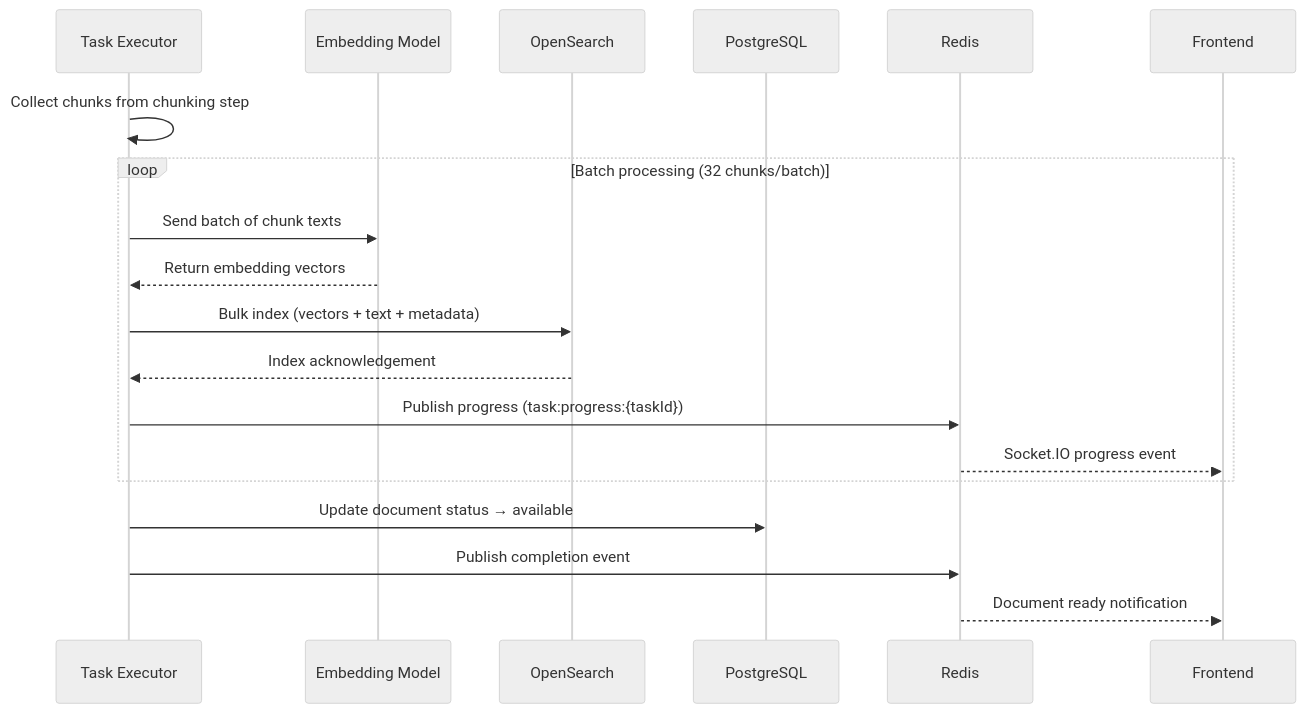
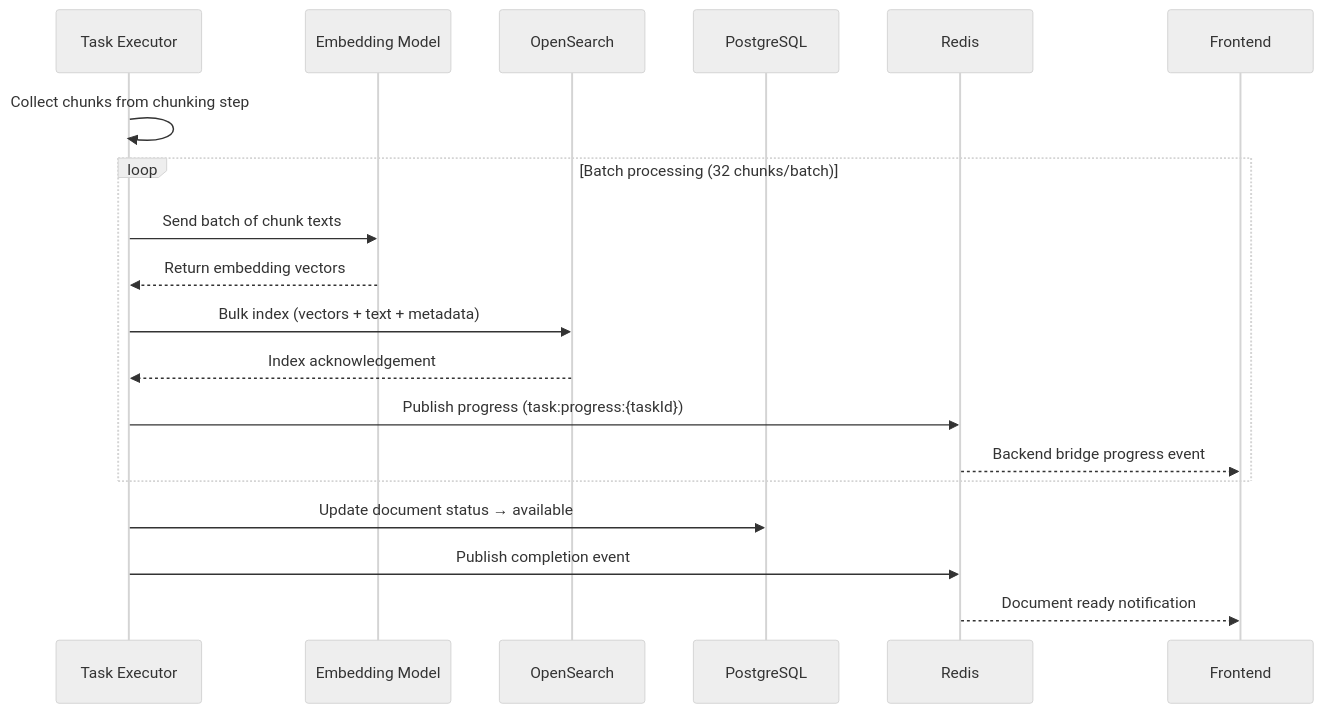
Before and after one commit to b-knowledge-solution/b-knowledge: the first of 4 diagrams in docs/basic-design/rag-pipeline/rag-step-embedding-indexing.md, drawn with Mermaid (neutral theme). The commit also changed other lines of this file and 83 other files, not shown here.

````diff
--- a/docs/basic-design/rag-pipeline/rag-step-embedding-indexing.md
+++ b/docs/basic-design/rag-pipeline/rag-step-embedding-indexing.md
@@ -9,22 +9,22 @@
 ```mermaid
 sequenceDiagram
     participant TE as Task Executor
     participant EM as Embedding Model
     participant OS as OpenSearch
     participant DB as PostgreSQL
     participant R as Redis
     participant FE as Frontend
 
     TE->>TE: Collect chunks from chunking step
     loop Batch processing (32 chunks/batch)
         TE->>EM: Send batch of chunk texts
         EM-->>TE: Return embedding vectors
         TE->>OS: Bulk index (vectors + text + metadata)
         OS-->>TE: Index acknowledgement
         TE->>R: Publish progress (task:progress:{taskId})
-        R-->>FE: Socket.IO progress event
+        R-->>FE: Backend bridge progress event
     end
     TE->>DB: Update document status → available
     TE->>R: Publish completion event
     R-->>FE: Document ready notification
 ```
````
